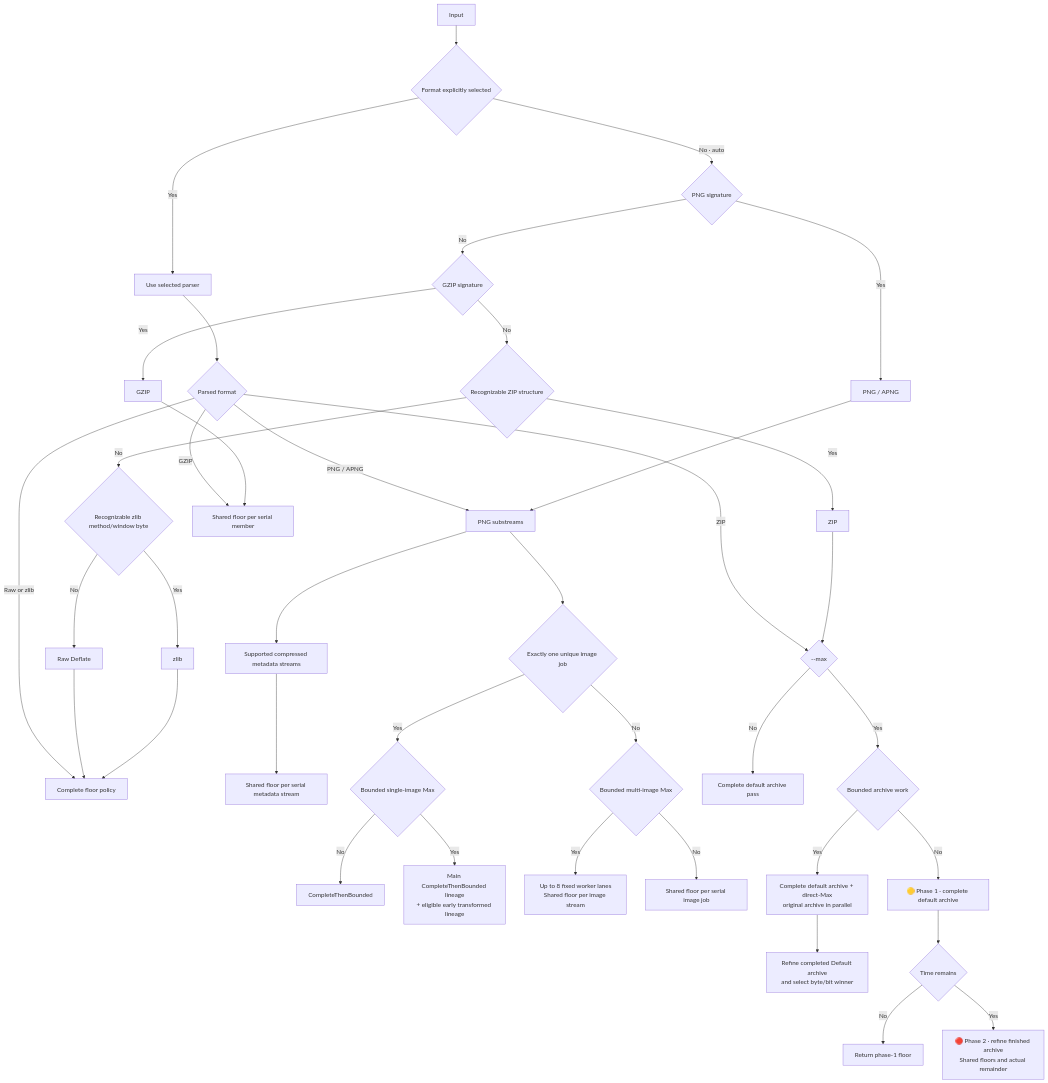
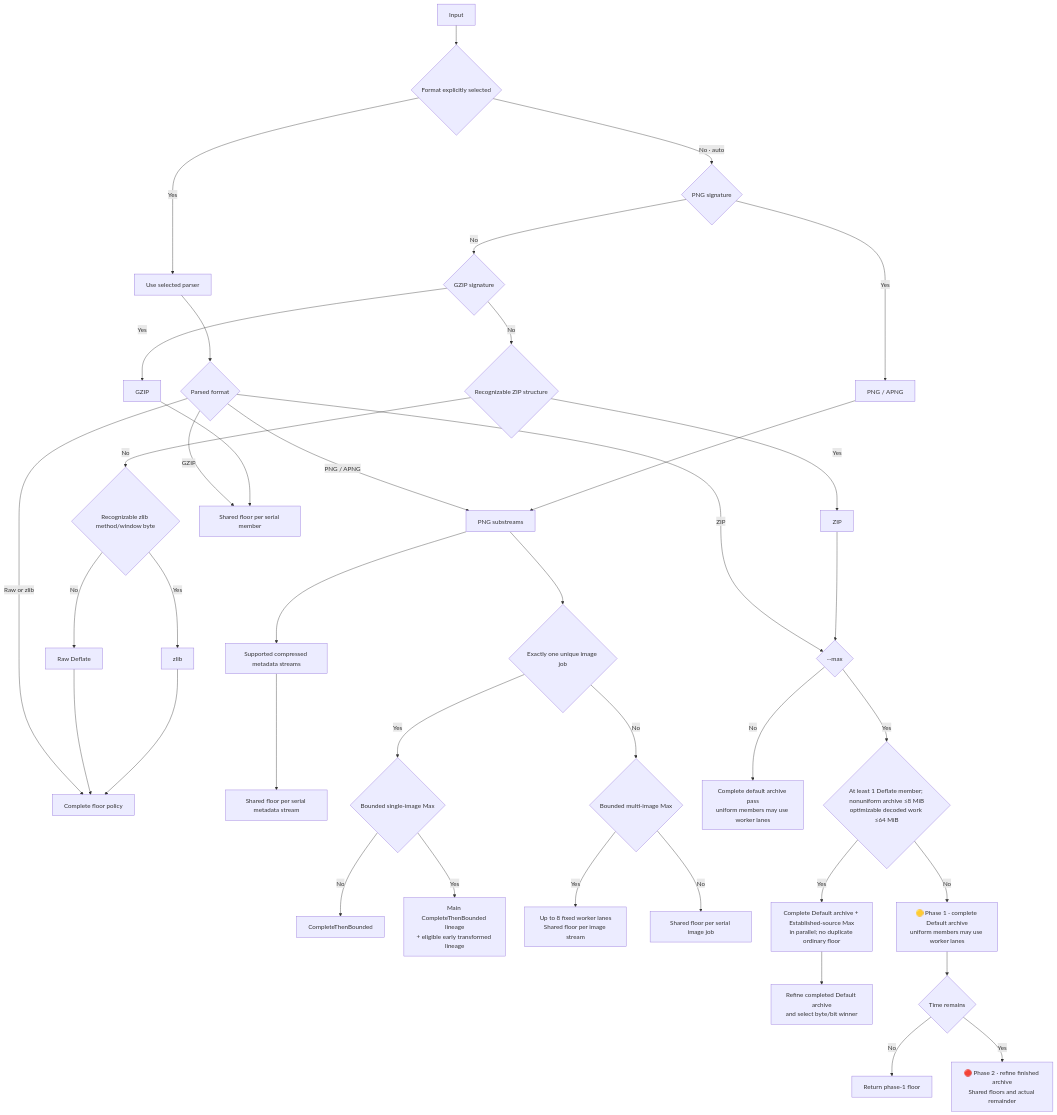
The second of 6 diagrams in docs/routes-and-methods.md (ace-dent/columbo), drawn with Mermaid before and after one commit. The commit also changed other lines of this file and 4 other files, not shown here.

````diff
--- a/docs/routes-and-methods.md
+++ b/docs/routes-and-methods.md
@@ -109,43 +109,43 @@
 ```mermaid
 flowchart TD
     IN["Input"] --> EXPLICIT{"Format explicitly selected"}
     EXPLICIT -- "Yes" --> PARSER["Use selected parser"]
     EXPLICIT -- "No · auto" --> PNG{"PNG signature"}
     PNG -- "Yes" --> PPNG["PNG / APNG"]
     PNG -- "No" --> GZ{"GZIP signature"}
     GZ -- "Yes" --> PGZ["GZIP"]
     GZ -- "No" --> ZIP{"Recognizable ZIP structure"}
     ZIP -- "Yes" --> PZIP["ZIP"]
     ZIP -- "No" --> ZL{"Recognizable zlib method/window byte"}
     ZL -- "Yes" --> PZL["zlib"]
     ZL -- "No" --> PRAW["Raw Deflate"]
 
     PARSER --> POLICY{"Parsed format"}
     POLICY -- "Raw or zlib" --> COMPLETE
     POLICY -- "GZIP" --> SHARED
     POLICY -- "PNG / APNG" --> PPNGROUTES["PNG substreams"]
     POLICY -- "ZIP" --> ZMAX
     PRAW --> COMPLETE["Complete floor policy"]
     PZL --> COMPLETE
     PGZ --> SHARED["Shared floor per serial member"]
     PPNG --> PPNGROUTES
     PPNGROUTES --> PMETA["Supported compressed metadata streams"]
     PMETA --> SHAREDMETA["Shared floor per serial metadata stream"]
     PPNGROUTES --> PJOBS{"Exactly one unique image job"}
     PJOBS -- "Yes" --> PMAX{"Bounded single-image Max"}
     PMAX -- "No" --> CTB["CompleteThenBounded"]
     PMAX -- "Yes" --> PRACE["Main CompleteThenBounded lineage<br/>+ eligible early transformed lineage"]
     PJOBS -- "No" --> PAPNGB{"Bounded multi-image Max"}
     PAPNGB -- "Yes" --> PPAR["Up to 8 fixed worker lanes<br/>Shared floor per image stream"]
     PAPNGB -- "No" --> SHAREDPNG["Shared floor per serial image job"]
     PZIP --> ZMAX{"--max"}
-    ZMAX -- "No" --> ZDEFAULT["Complete default archive pass"]
-    ZMAX -- "Yes" --> ZBOUND{"Bounded archive work"}
-    ZBOUND -- "Yes" --> ZRACE["Complete default archive + direct-Max<br/>original archive in parallel"]
+    ZMAX -- "No" --> ZDEFAULT["Complete default archive pass<br/>uniform members may use worker lanes"]
+    ZMAX -- "Yes" --> ZBOUND{"At least 1 Deflate member; nonuniform archive ≤8 MiB<br/>optimizable decoded work ≤64 MiB"}
+    ZBOUND -- "Yes" --> ZRACE["Complete Default archive + Established-source Max<br/>in parallel; no duplicate ordinary floor"]
     ZRACE --> ZREFINE["Refine completed Default archive<br/>and select byte/bit winner"]
-    ZBOUND -- "No" --> ZPHASE1["🟡 Phase 1 · complete default archive"]
+    ZBOUND -- "No" --> ZPHASE1["🟡 Phase 1 · complete Default archive<br/>uniform members may use worker lanes"]
     ZPHASE1 --> ZTIME{"Time remains"}
     ZTIME -- "No" --> ZWIN["Return phase-1 floor"]
     ZTIME -- "Yes" --> ZPHASE2["🔴 Phase 2 · refine finished archive<br/>Shared floors and actual remainder"]
 
 ```
````
